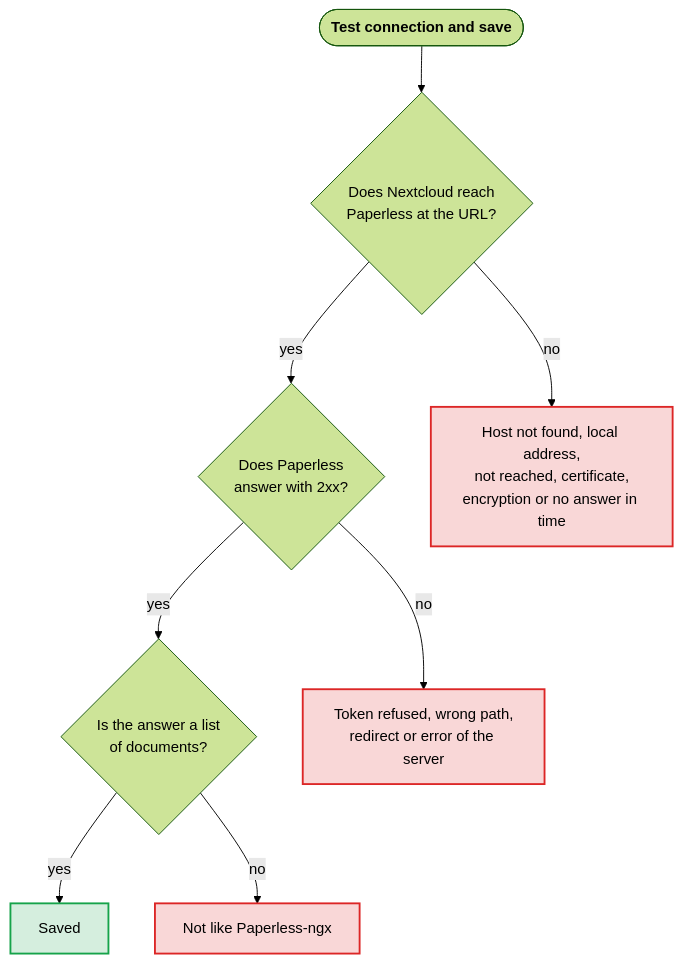
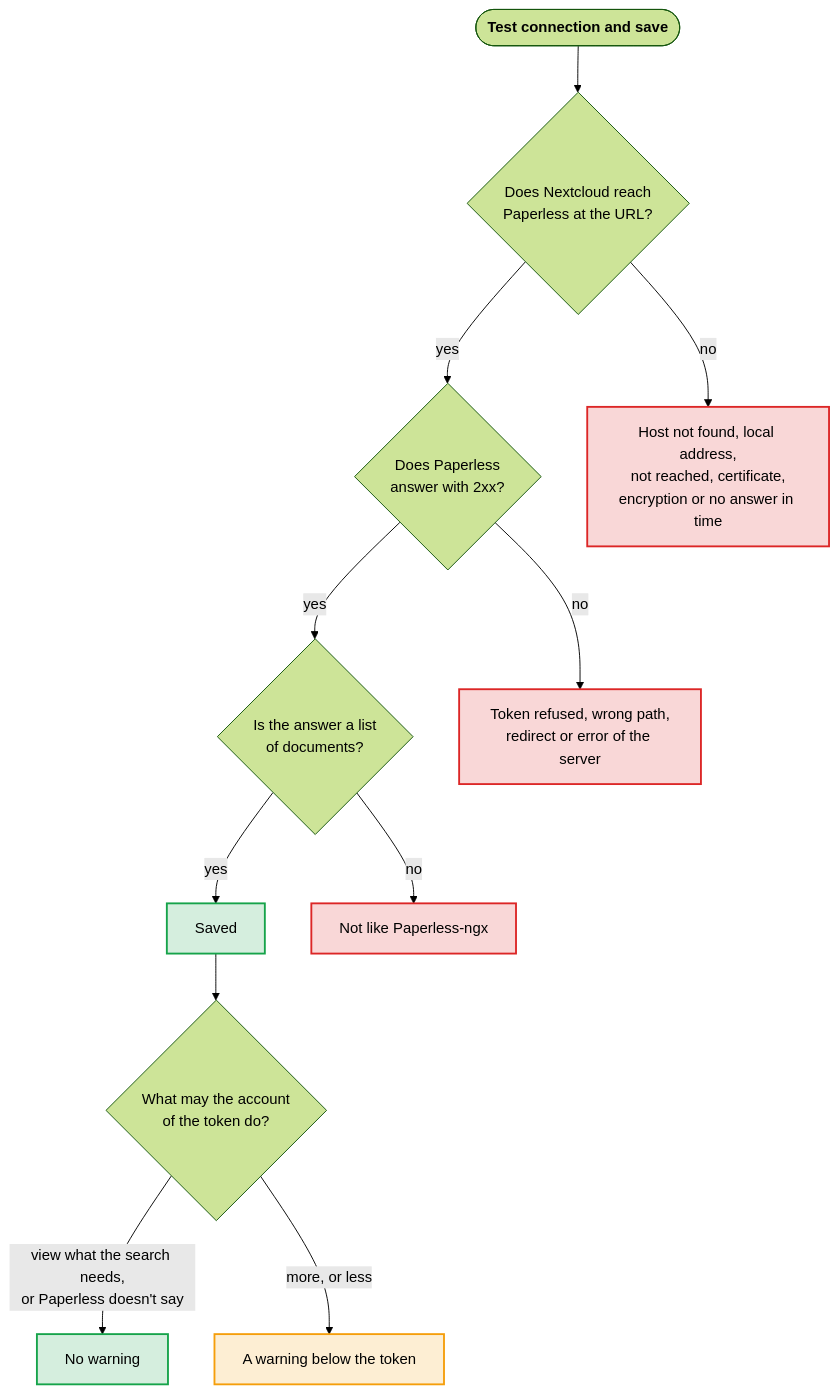
One commit to Dennis-Otto/paperless-unified-search changed the diagram in docs/diagrams/what-the-test-of-the-connection-checks.mmd. Above: the diagram before and after it, drawn with Mermaid (forest theme). The commit also changed 66 other files, not shown here.

First line of the commit message:
feat(settings): warn when the API token can change documents or can't read the names that results show (#226)

```diff
--- a/docs/diagrams/what-the-test-of-the-connection-checks.mmd
+++ b/docs/diagrams/what-the-test-of-the-connection-checks.mmd
@@ -1,25 +1,33 @@
 flowchart TB
     accTitle: What the test of the connection checks
-    accDescr: Test connection and save asks Paperless for one document. First Nextcloud has to reach Paperless at the URL: find its host, be allowed to connect to its address, connect within 3 seconds, trust its certificate and get an answer within 10 seconds; otherwise the message names which of these failed. Then Paperless has to answer with a status of 2xx; a refused token, a wrong path, a redirect or an error of the server each have their own message. Last, the answer has to be a list of documents of Paperless-ngx. Only then are the settings saved.
+    accDescr: Test connection and save asks Paperless for one document. First Nextcloud has to reach Paperless at the URL: find its host, be allowed to connect to its address, connect within 3 seconds, trust its certificate and get an answer within 10 seconds; otherwise the message names which of these failed. Then Paperless has to answer with a status of 2xx; a refused token, a wrong path, a redirect or an error of the server each have their own message. Last, the answer has to be a list of documents of Paperless-ngx. Only then are the settings saved. Last, Paperless says what the account of the token may do, when it may view its UI settings, and the settings warn below the token about a superuser, an admin, an account that may change documents or one that may not view correspondents or document types.
 
     test(["`**Test connection and save**`"])
     reach{"Does Nextcloud reach<br>Paperless at the URL?"}
     status{"Does Paperless<br>answer with 2xx?"}
     list{"Is the answer a list<br>of documents?"}
     saved["Saved"]
+    may{"What may the account<br>of the token do?"}
+    viewing["No warning"]
+    warned["A warning below the token"]
     network["Host not found, local address,<br>not reached, certificate,<br>encryption or no answer in time"]
     refused["Token refused, wrong path,<br>redirect or error of the server"]
     other["Not like Paperless-ngx"]
 
     test --> reach
     reach -- "yes" --> status
     reach -- "no" --> network
     status -- "yes" --> list
     status -- "no" --> refused
     list -- "yes" --> saved
     list -- "no" --> other
+    saved --> may
+    may -- "view what the search needs,<br>or Paperless doesn't say" --> viewing
+    may -- "more, or less" --> warned
 
     classDef yes fill:#16a34a2e,stroke:#16a34a,stroke-width:2px
     classDef no fill:#dc26262e,stroke:#dc2626,stroke-width:2px
-    class saved yes
+    classDef warn fill:#f59e0b2e,stroke:#f59e0b,stroke-width:2px
+    class saved,viewing yes
+    class warned warn
     class network,refused,other no
```
